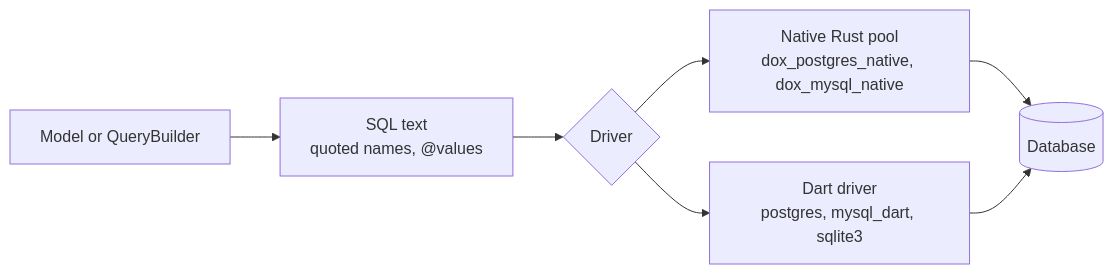
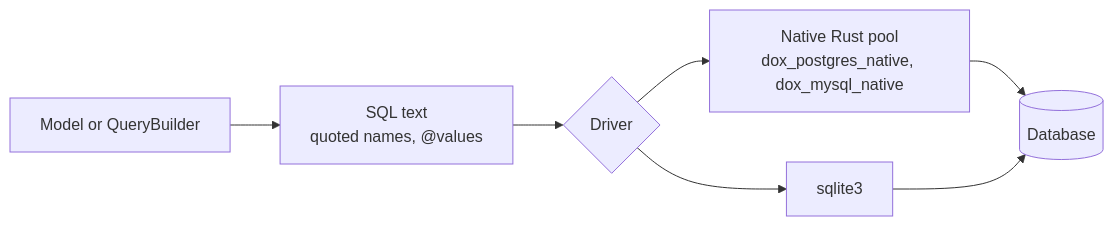
Before and after one commit to dartondox/dox: the diagram in docs/database/index.md, drawn with Mermaid. The commit also changed other lines of this file and 204 other files, not shown here.

````diff
--- a/docs/database/index.md
+++ b/docs/database/index.md
@@ -13,9 +13,9 @@
 ```mermaid
 flowchart LR
     M["Model or QueryBuilder"] --> S["SQL text<br>quoted names, @values"]
     S --> D{"Driver"}
     D --> N["Native Rust pool<br>dox_postgres_native, dox_mysql_native"]
-    D --> T["Dart driver<br>postgres, mysql_dart, sqlite3"]
+    D --> T["sqlite3"]
     N --> DB[("Database")]
     T --> DB
 ```
````
